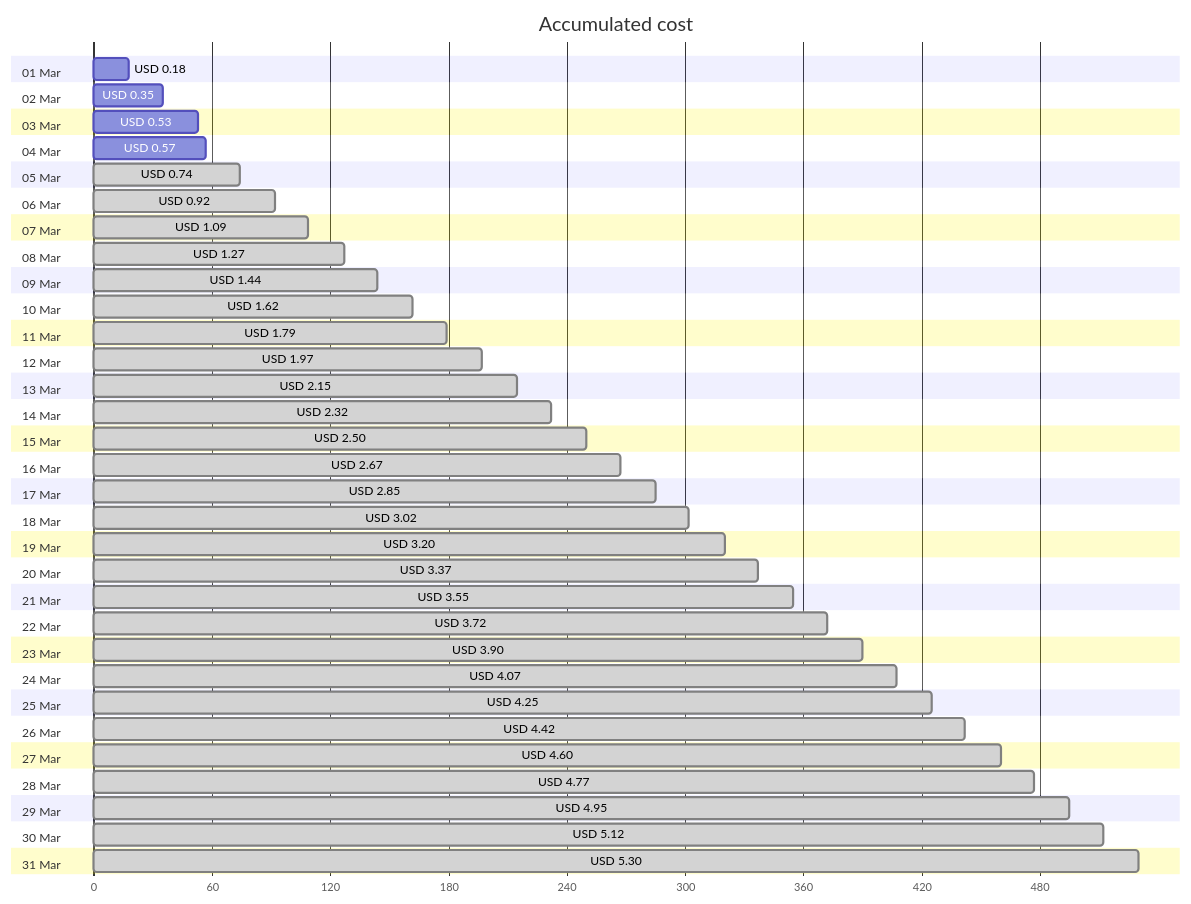
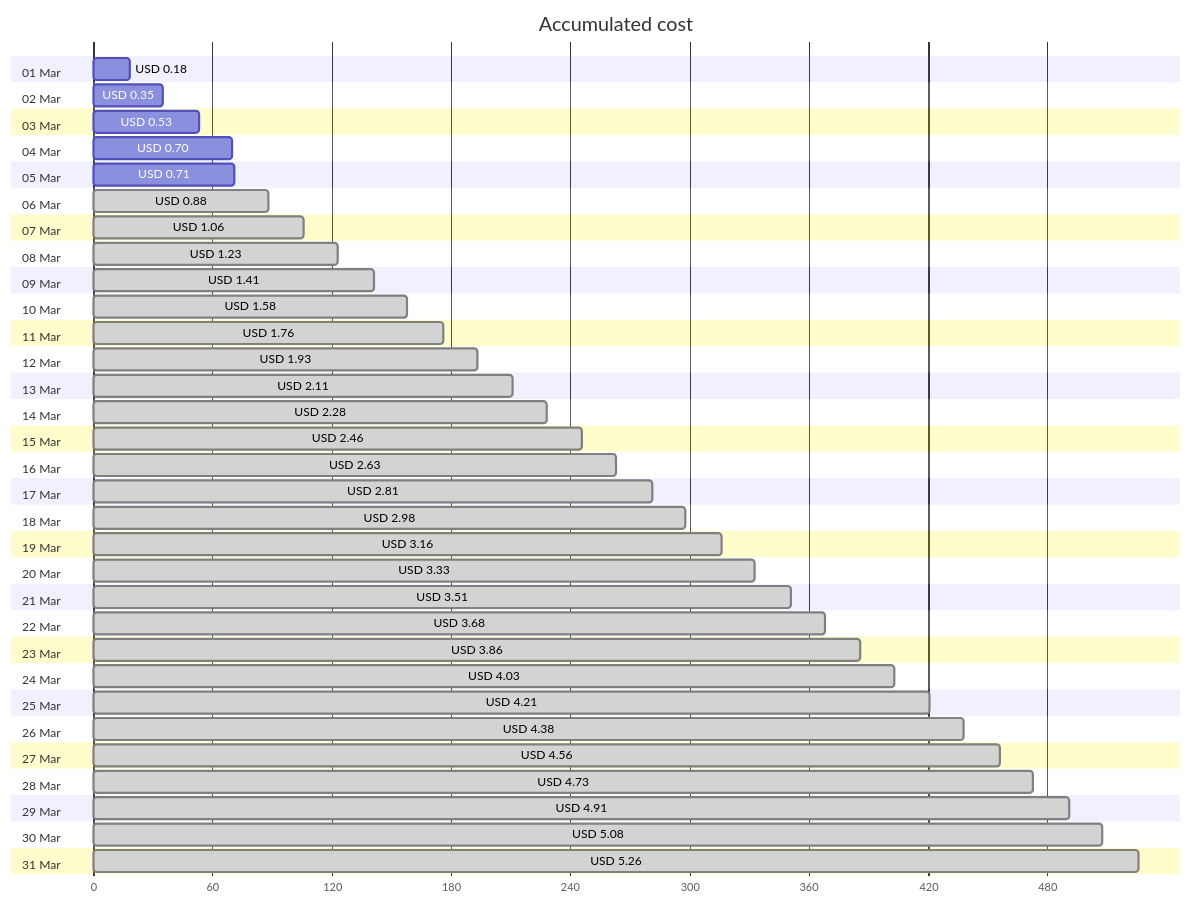
Before and after one commit to jpfulton/azure-personal-reports: the first of 4 diagrams in cost-reports/personal-network/backup-server.md, drawn with Mermaid. The commit also changed other lines of this file and 8 other files, not shown here.

````diff
--- a/cost-reports/personal-network/backup-server.md
+++ b/cost-reports/personal-network/backup-server.md
@@ -20,68 +20,68 @@
 ```mermaid
 gantt
    title Accumulated cost
    dateFormat  X
    axisFormat %s
    section 01 Mar
    USD 0.18 :0, 18
    section 02 Mar
    USD 0.35 :0, 35
    section 03 Mar
    USD 0.53 :0, 53
    section 04 Mar
-   USD 0.57 :0, 57
+   USD 0.70 :0, 70
    section 05 Mar
-   USD 0.74 : done, 0, 74
+   USD 0.71 :0, 71
    section 06 Mar
-   USD 0.92 : done, 0, 92
+   USD 0.88 : done, 0, 88
    section 07 Mar
-   USD 1.09 : done, 0, 109
+   USD 1.06 : done, 0, 106
    section 08 Mar
-   USD 1.27 : done, 0, 127
+   USD 1.23 : done, 0, 123
    section 09 Mar
-   USD 1.44 : done, 0, 144
+   USD 1.41 : done, 0, 141
    section 10 Mar
-   USD 1.62 : done, 0, 162
+   USD 1.58 : done, 0, 158
    section 11 Mar
-   USD 1.79 : done, 0, 179
+   USD 1.76 : done, 0, 176
    section 12 Mar
-   USD 1.97 : done, 0, 197
+   USD 1.93 : done, 0, 193
    section 13 Mar
-   USD 2.15 : done, 0, 215
+   USD 2.11 : done, 0, 211
    section 14 Mar
-   USD 2.32 : done, 0, 232
+   USD 2.28 : done, 0, 228
    section 15 Mar
-   USD 2.50 : done, 0, 250
+   USD 2.46 : done, 0, 246
    section 16 Mar
-   USD 2.67 : done, 0, 267
+   USD 2.63 : done, 0, 263
    section 17 Mar
-   USD 2.85 : done, 0, 285
+   USD 2.81 : done, 0, 281
    section 18 Mar
-   USD 3.02 : done, 0, 302
+   USD 2.98 : done, 0, 298
    section 19 Mar
-   USD 3.20 : done, 0, 320
+   USD 3.16 : done, 0, 316
    section 20 Mar
-   USD 3.37 : done, 0, 337
+   USD 3.33 : done, 0, 333
    section 21 Mar
-   USD 3.55 : done, 0, 355
+   USD 3.51 : done, 0, 351
    section 22 Mar
-   USD 3.72 : done, 0, 372
+   USD 3.68 : done, 0, 368
    section 23 Mar
-   USD 3.90 : done, 0, 390
+   USD 3.86 : done, 0, 386
    section 24 Mar
-   USD 4.07 : done, 0, 407
+   USD 4.03 : done, 0, 403
    section 25 Mar
-   USD 4.25 : done, 0, 425
+   USD 4.21 : done, 0, 421
    section 26 Mar
-   USD 4.42 : done, 0, 442
+   USD 4.38 : done, 0, 438
    section 27 Mar
-   USD 4.60 : done, 0, 460
+   USD 4.56 : done, 0, 456
    section 28 Mar
-   USD 4.77 : done, 0, 477
+   USD 4.73 : done, 0, 473
    section 29 Mar
-   USD 4.95 : done, 0, 495
+   USD 4.91 : done, 0, 491
    section 30 Mar
-   USD 5.12 : done, 0, 512
+   USD 5.08 : done, 0, 508
    section 31 Mar
-   USD 5.30 : done, 0, 530
+   USD 5.26 : done, 0, 526
 ```
````
